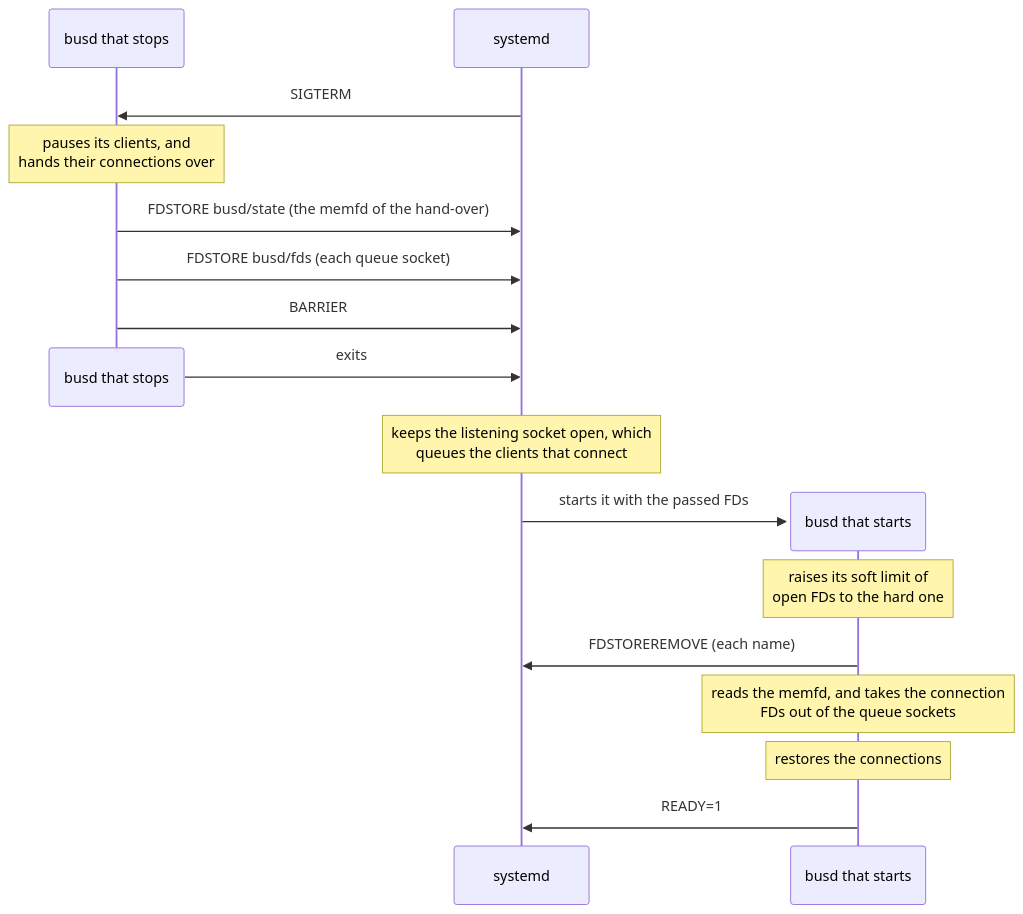
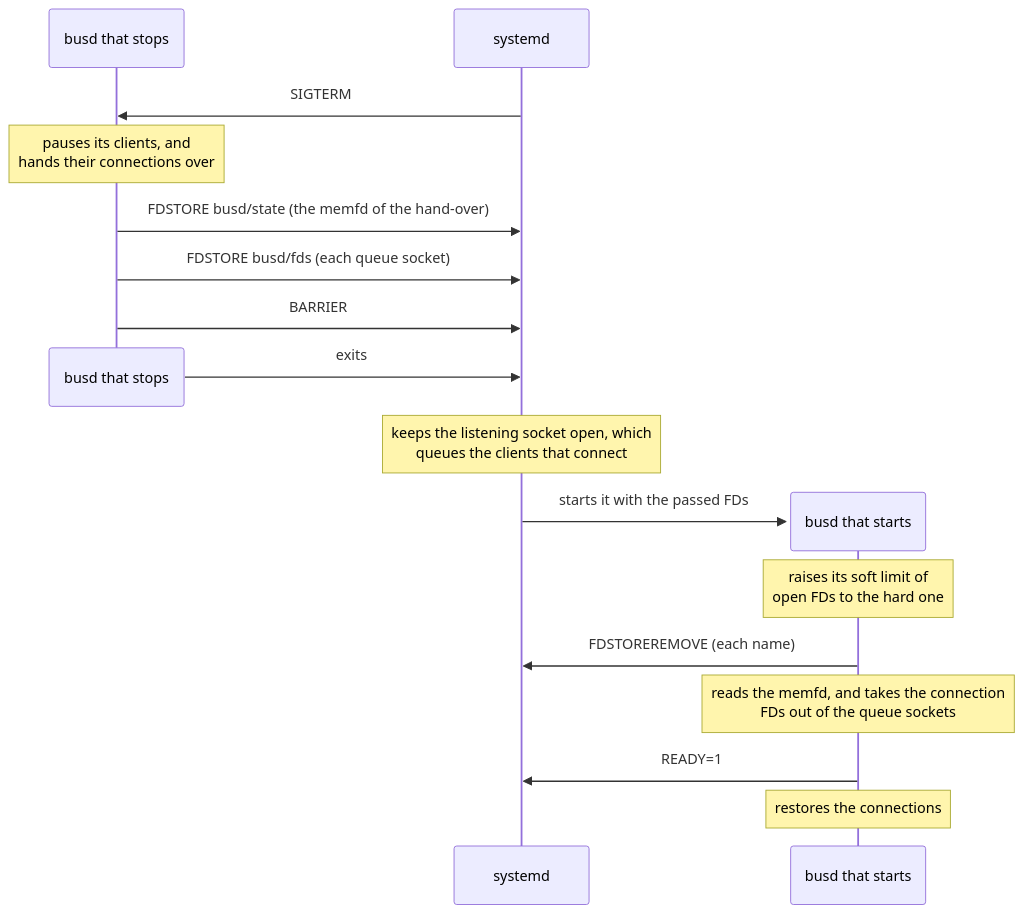
Before and after one commit to z-galaxy/busd: the diagram in src/bus/systemd/restart.mmd, drawn with Mermaid. The commit also changed other lines of this file and 9 other files, not shown here.

```diff
--- a/src/bus/systemd/restart.mmd
+++ b/src/bus/systemd/restart.mmd
@@ -1,18 +1,18 @@
 sequenceDiagram
     participant old as busd that stops
     participant systemd
     systemd->>old: SIGTERM
     Note over old: pauses its clients, and<br/>hands their connections over
     old->>systemd: FDSTORE busd/state (the memfd of the hand-over)
     old->>systemd: FDSTORE busd/fds (each queue socket)
     old->>systemd: BARRIER
     destroy old
     old->>systemd: exits
     Note over systemd: keeps the listening socket open, which<br/>queues the clients that connect
     create participant new as busd that starts
     systemd->>new: starts it with the passed FDs
     Note over new: raises its soft limit of<br/>open FDs to the hard one
     new->>systemd: FDSTOREREMOVE (each name)
     Note over new: reads the memfd, and takes the connection<br/>FDs out of the queue sockets
+    new->>systemd: READY=1
     Note over new: restores the connections
-    new->>systemd: READY=1
```
